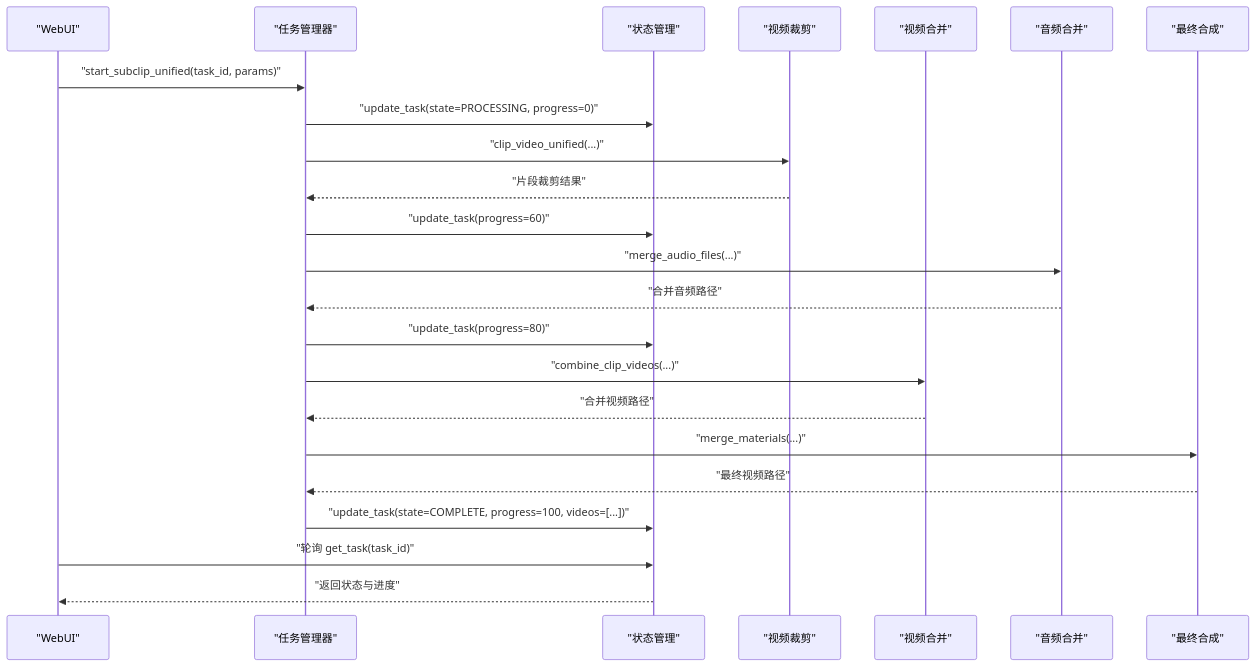
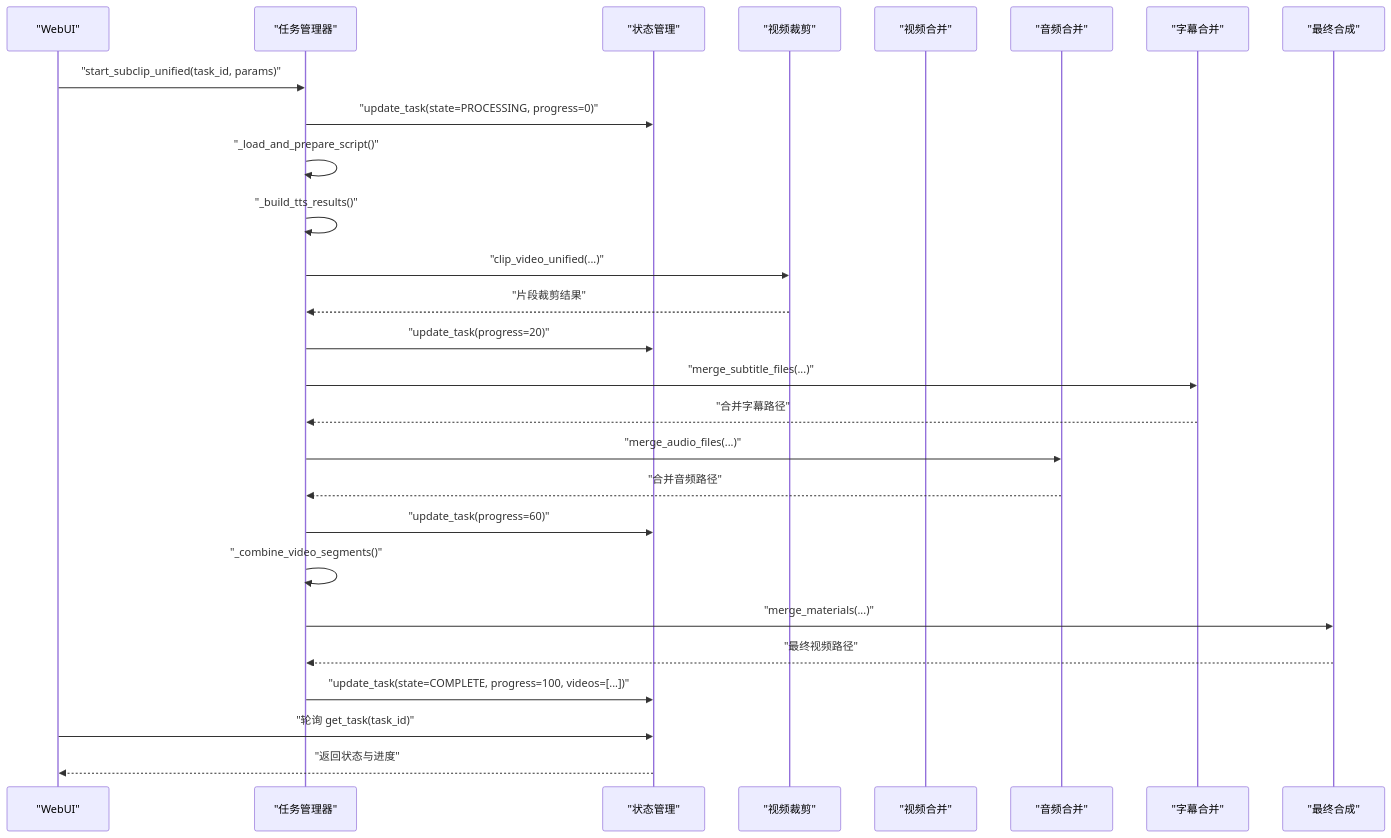
The second of 7 diagrams in .qoder/repowiki/zh/content/API参考/任务调度API.md (wowoduang/AIVideoClaude), drawn with Mermaid before and after one commit. The commit also changed other lines of this file and 26 other files, not shown here.

````diff
--- a/.qoder/repowiki/zh/content/API参考/任务调度API.md
+++ b/.qoder/repowiki/zh/content/API参考/任务调度API.md
@@ -104,25 +126,29 @@
 ```mermaid
 sequenceDiagram
 participant UI as "WebUI"
 participant TM as "任务管理器"
 participant ST as "状态管理"
 participant CL as "视频裁剪"
 participant MV as "视频合并"
 participant MA as "音频合并"
+participant MS as "字幕合并"
 participant GV as "最终合成"
 UI->>TM : "start_subclip_unified(task_id, params)"
 TM->>ST : "update_task(state=PROCESSING, progress=0)"
+TM->>TM : "_load_and_prepare_script()"
+TM->>TM : "_build_tts_results()"
 TM->>CL : "clip_video_unified(...)"
 CL-->>TM : "片段裁剪结果"
-TM->>ST : "update_task(progress=60)"
+TM->>ST : "update_task(progress=20)"
+TM->>MS : "merge_subtitle_files(...)"
+MS-->>TM : "合并字幕路径"
 TM->>MA : "merge_audio_files(...)"
 MA-->>TM : "合并音频路径"
-TM->>ST : "update_task(progress=80)"
-TM->>MV : "combine_clip_videos(...)"
-MV-->>TM : "合并视频路径"
+TM->>ST : "update_task(progress=60)"
+TM->>TM : "_combine_video_segments()"
 TM->>GV : "merge_materials(...)"
 GV-->>TM : "最终视频路径"
 TM->>ST : "update_task(state=COMPLETE, progress=100, videos=[...])"
 UI->>ST : "轮询 get_task(task_id)"
 ST-->>UI : "返回状态与进度"
 ```
````
